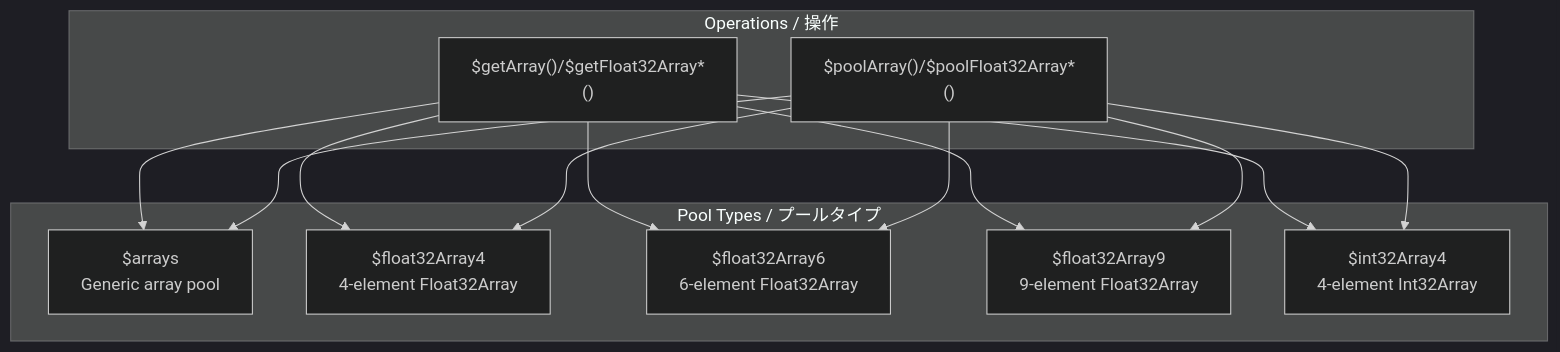
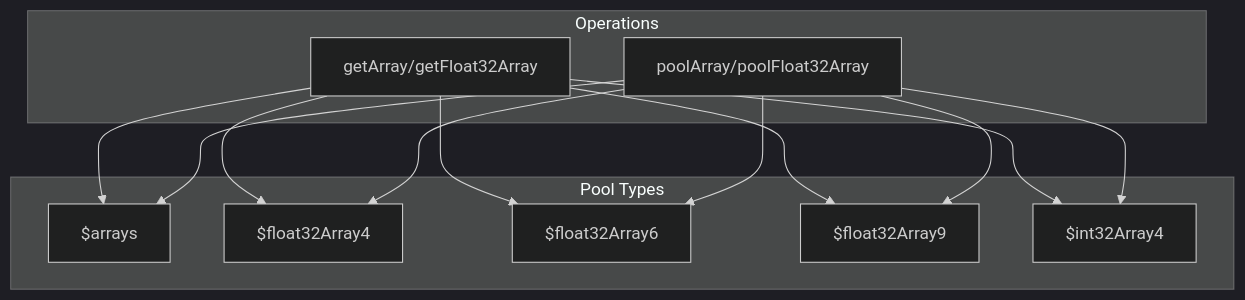
One commit to Next2D/player changed the fifth of 37 diagrams in packages/webgl/RENDERING_FLOW.md. Above: the diagram before and after it, drawn with Mermaid (dark theme). The commit also changed other lines of this file, not shown here.

````diff
--- a/packages/webgl/RENDERING_FLOW.md
+++ b/packages/webgl/RENDERING_FLOW.md
@@ -256,26 +263,26 @@
 ```mermaid
 flowchart TB
-    subgraph "Pool Types / プールタイプ"
-        ARR["$arrays<br/>Generic array pool"]
-        F4["$float32Array4<br/>4-element Float32Array"]
-        F6["$float32Array6<br/>6-element Float32Array"]
-        F9["$float32Array9<br/>9-element Float32Array"]
-        I4["$int32Array4<br/>4-element Int32Array"]
+    subgraph "Pool Types"
+        ARR[$arrays]
+        F4[$float32Array4]
+        F6[$float32Array6]
+        F9[$float32Array9]
+        I4[$int32Array4]
     end
 
-    subgraph "Operations / 操作"
-        GET["$getArray()/$getFloat32Array*()"]
-        POOL["$poolArray()/$poolFloat32Array*()"]
+    subgraph "Operations"
+        GET[getArray/getFloat32Array]
+        POOL[poolArray/poolFloat32Array]
     end
 
     GET --> ARR
     GET --> F4
     GET --> F6
     GET --> F9
     GET --> I4
     POOL --> ARR
     POOL --> F4
     POOL --> F6
     POOL --> F9
     POOL --> I4
 ```
````
